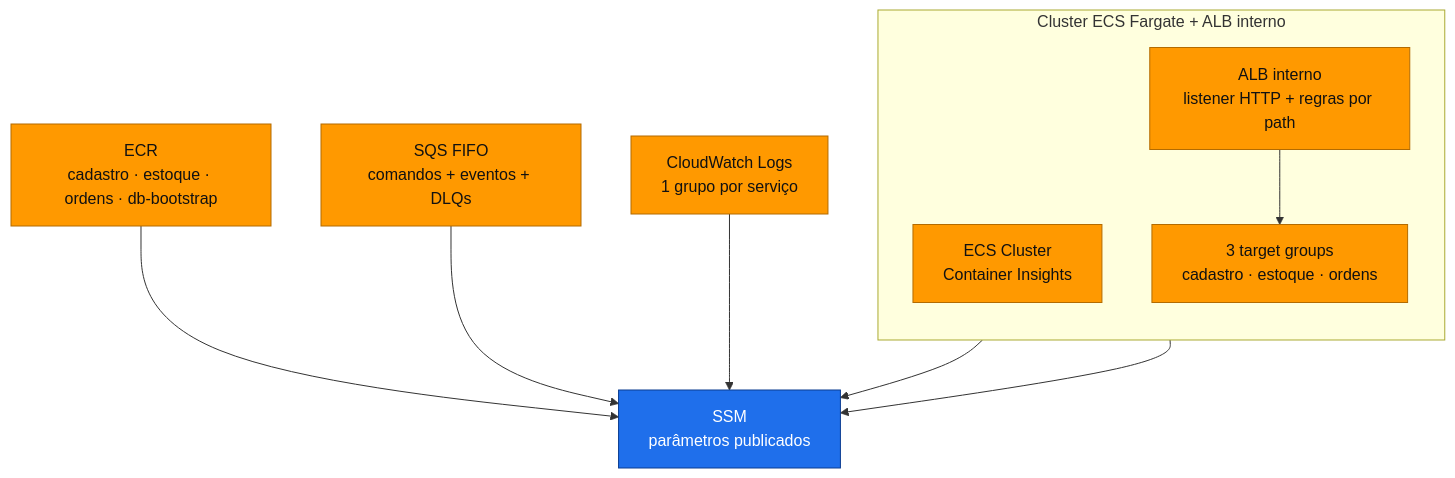
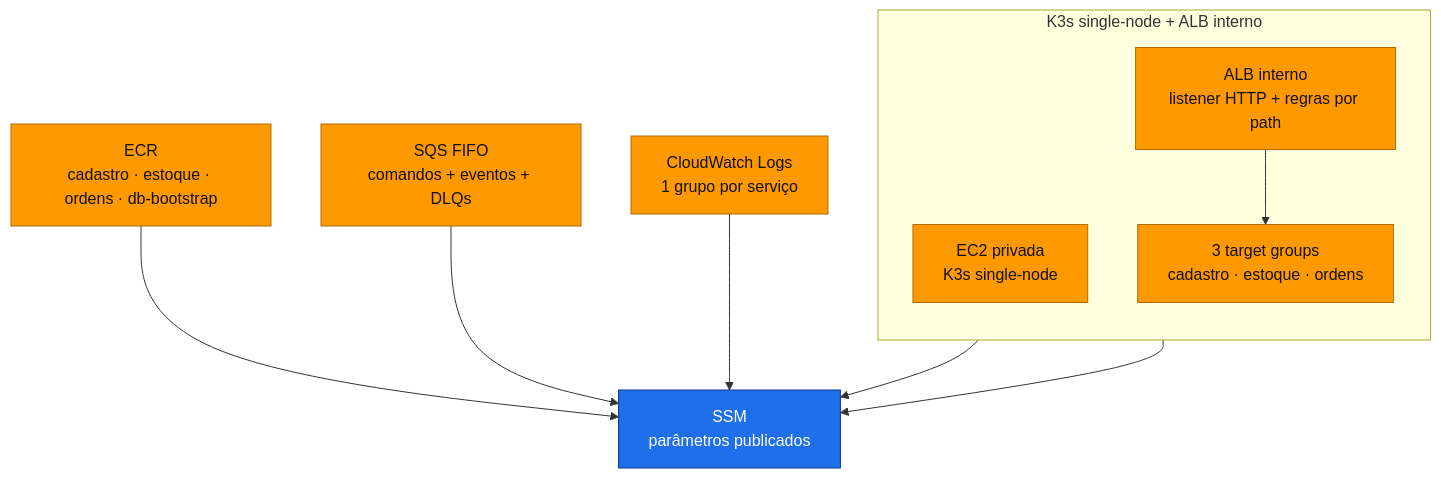
The first of 2 diagrams in README.md (fabianorodrigues/oficina-infra-fiap-fase4), drawn with Mermaid before and after one commit. The commit also changed other lines of this file and 22 other files, not shown here.

Commit message:
feat(platform): migra o runtime para K3s single-node em EC2

````diff
--- a/README.md
+++ b/README.md
@@ -71,26 +71,26 @@
 ```mermaid
 flowchart TB
-    subgraph Plataforma["Cluster ECS Fargate + ALB interno"]
+    subgraph Plataforma["K3s single-node + ALB interno"]
         direction TB
-        Cluster["ECS Cluster<br/>Container Insights"]
+        Cluster["EC2 privada<br/>K3s single-node"]
         ALB["ALB interno<br/>listener HTTP + regras por path"]
         TG["3 target groups<br/>cadastro · estoque · ordens"]
         ALB --> TG
     end
 
     ECR["ECR<br/>cadastro · estoque · ordens · db-bootstrap"]
     SQS["SQS FIFO<br/>comandos + eventos + DLQs"]
     Logs["CloudWatch Logs<br/>1 grupo por serviço"]
     SSM["SSM<br/>parâmetros publicados"]
 
     Cluster --> SSM
     ALB --> SSM
     ECR --> SSM
     SQS --> SSM
     Logs --> SSM
 
     classDef infra fill:#FF9900,stroke:#b36b00,color:#111
     classDef pub fill:#1f6feb,stroke:#0b3d91,color:#fff
     class Cluster,ALB,TG,ECR,SQS,Logs infra
     class SSM pub
 ```
````
